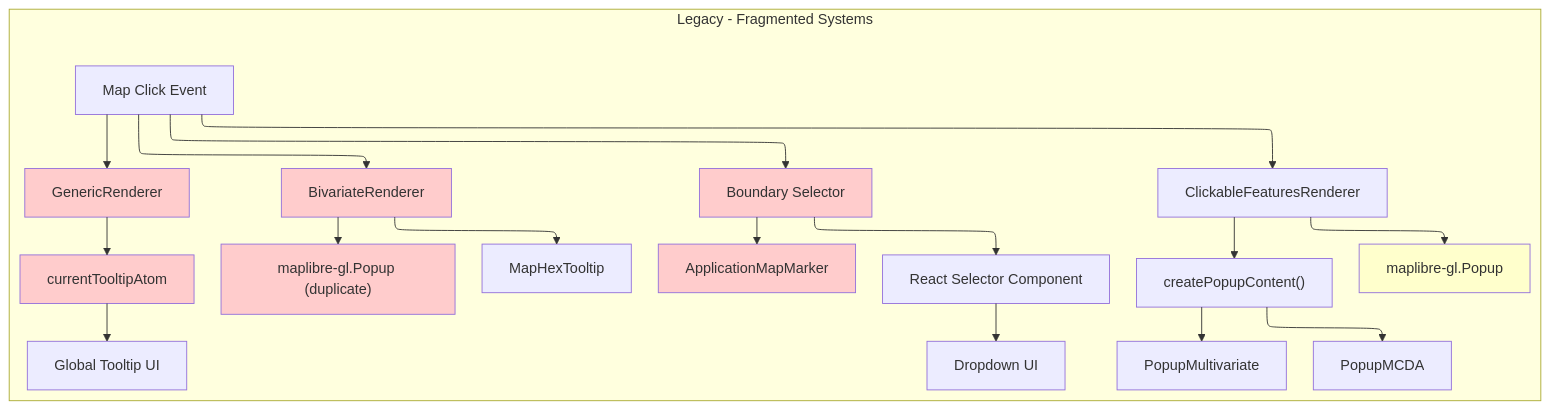
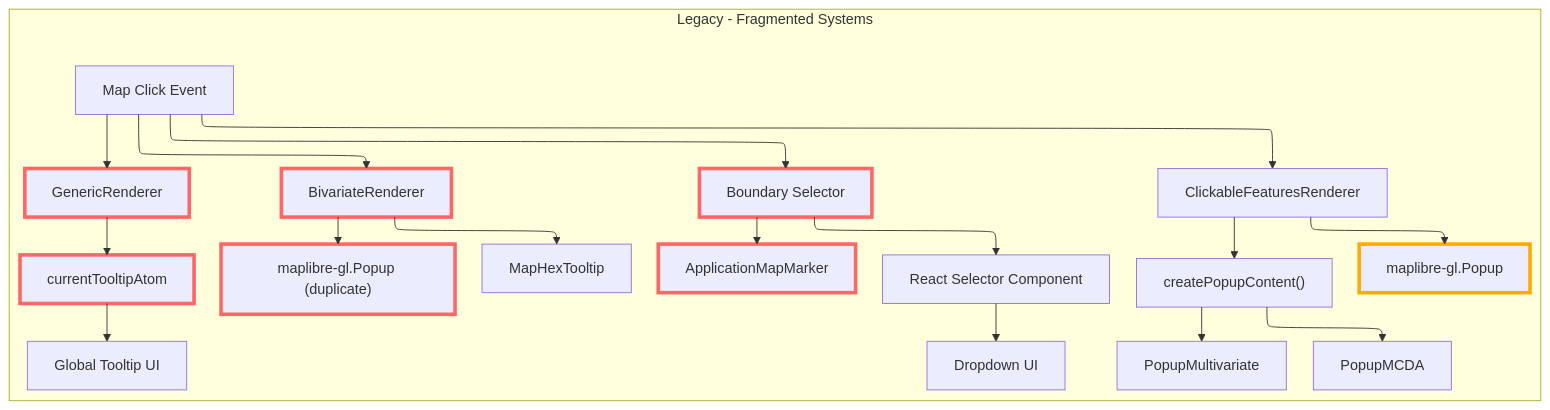
One commit to konturio/disaster-ninja-fe changed the first of 2 diagrams in docs/architecture/ADR-001-MapPopover-Migration-Architecture.md. Above: the diagram before and after it, drawn with Mermaid. The commit also changed other lines of this file and 11 other files, not shown here.

````diff
--- a/docs/architecture/ADR-001-MapPopover-Migration-Architecture.md
+++ b/docs/architecture/ADR-001-MapPopover-Migration-Architecture.md
@@ -24,36 +24,33 @@
 ```mermaid
 ---
 config:
   layout: elk
 ---
 graph TD
     subgraph "Legacy - Fragmented Systems"
         A["Map Click Event"] --> B["GenericRenderer"]
         A --> C["ClickableFeaturesRenderer"]
         A --> D["BivariateRenderer"]
         A --> E["Boundary Selector"]
 
         B --> F["currentTooltipAtom"]
         F --> G["Global Tooltip UI"]
 
         C --> H["maplibre-gl.Popup"]
         C --> I["createPopupContent()"]
         I --> J["PopupMCDA"]
         I --> K["PopupMultivariate"]
 
         D --> L["maplibre-gl.Popup (duplicate)"]
         D --> M["MapHexTooltip"]
 
         E --> N["ApplicationMapMarker"]
         E --> O["React Selector Component"]
         O --> P["Dropdown UI"]
 
-        style B fill:#ffcccc
-        style D fill:#ffcccc
-        style E fill:#ffcccc
-        style F fill:#ffcccc
-        style H fill:#ffffcc
-        style L fill:#ffcccc
-        style N fill:#ffcccc
+        classDef legacy stroke:#ff6666,stroke-width:4px
+        classDef warning stroke:#ffaa00,stroke-width:4px
+        class B,D,E,F,L,N legacy
+        class H warning
     end
 ```
````
